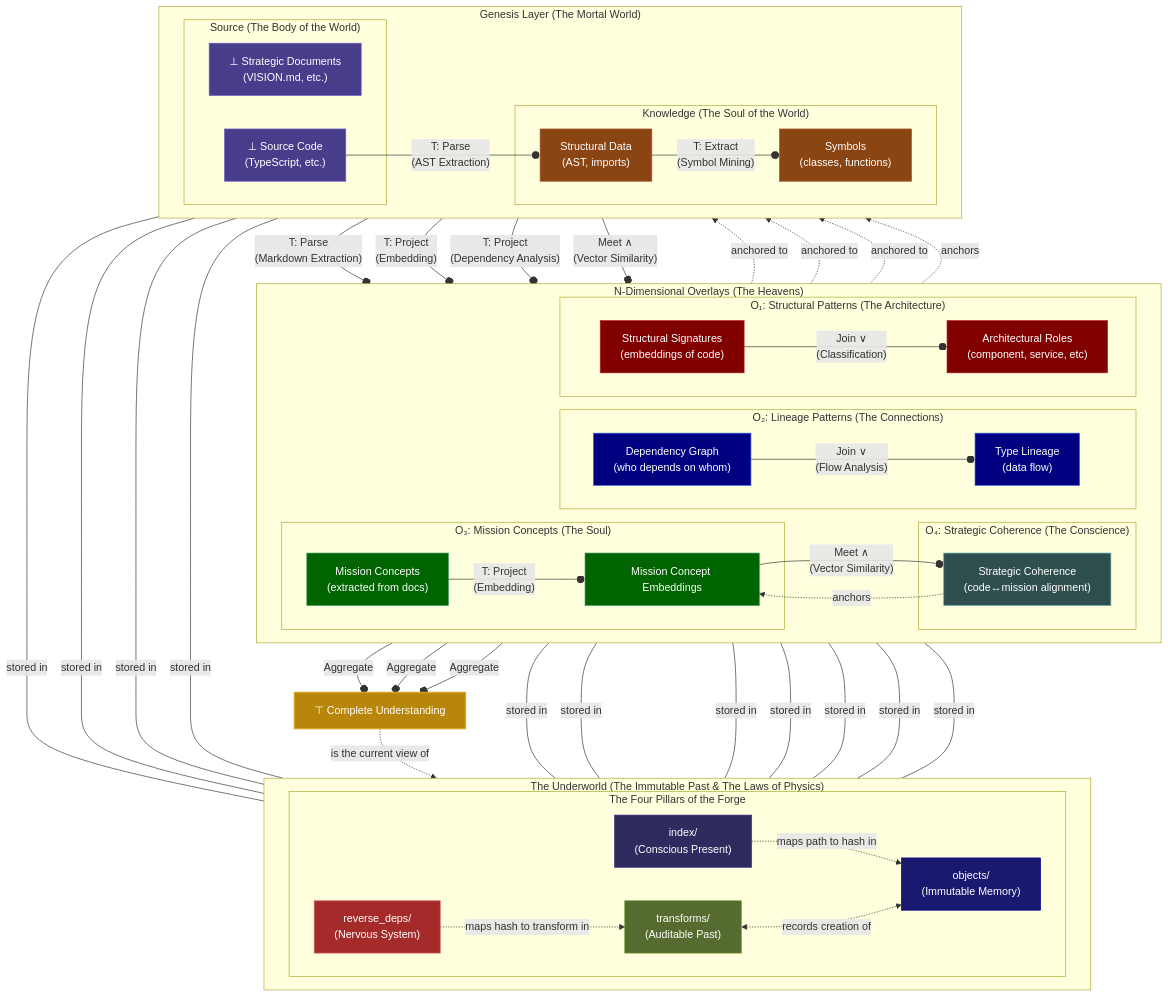
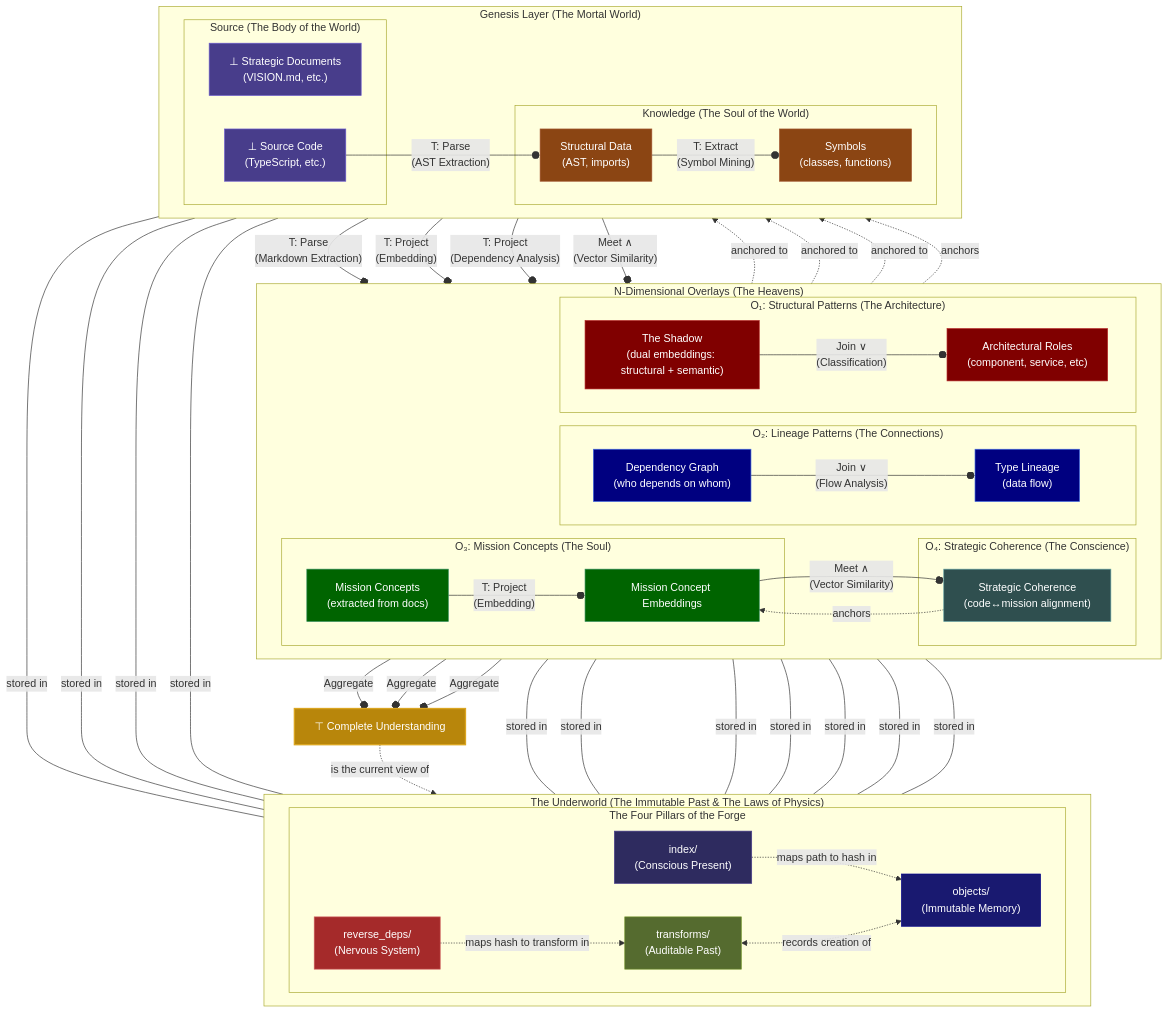
Before and after one commit to mirzahusadzic/cogx: the diagram in README.md, drawn with Mermaid. The commit also changed 3 other files, not shown here.

First line of the commit message:
docs: update lattice graphs to show The Shadow dual embeddings

```diff
--- a/README.md
+++ b/README.md
@@ -162,7 +162,7 @@
         end
         subgraph "O₁: Structural Patterns (The Architecture)"
             SP_ROLE["Architectural Roles<br/>(component, service, etc)"]
-            SP_SIG["Structural Signatures<br/>(embeddings of code)"]
+            SP_SIG["The Shadow<br/>(dual embeddings: structural + semantic)"]
         end
     end
 
```
